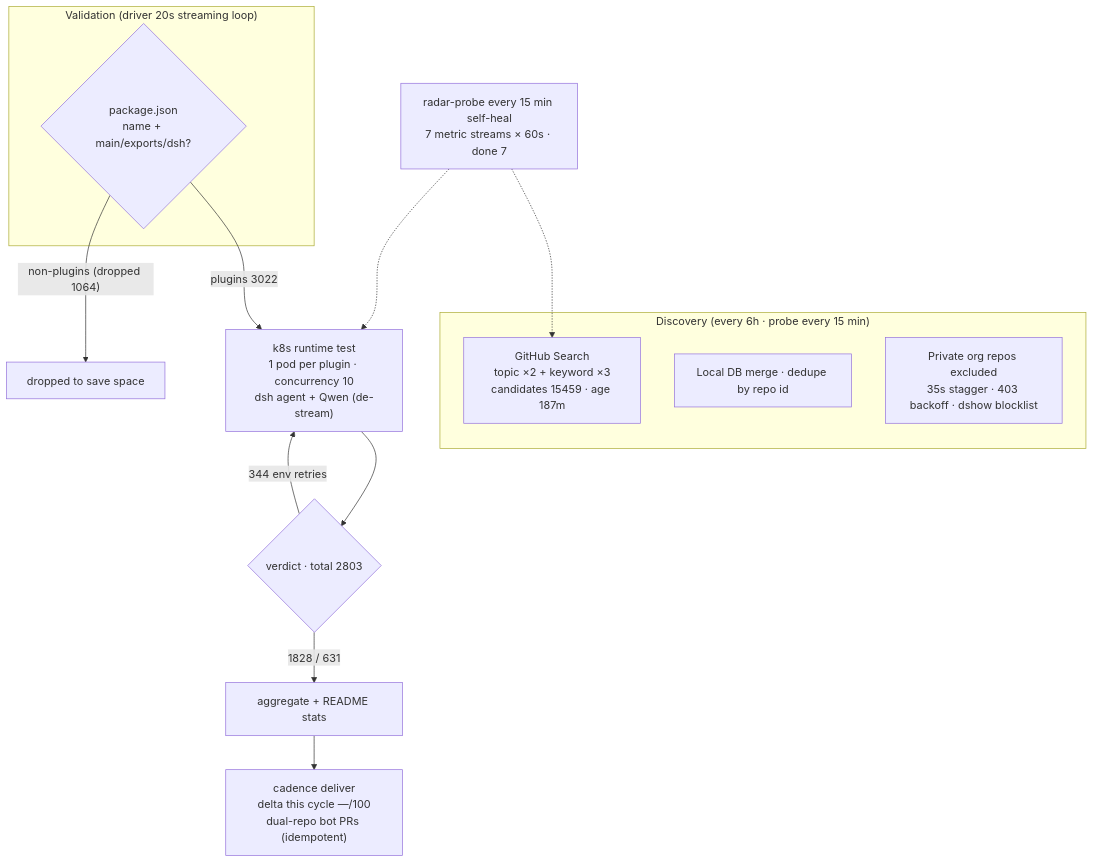
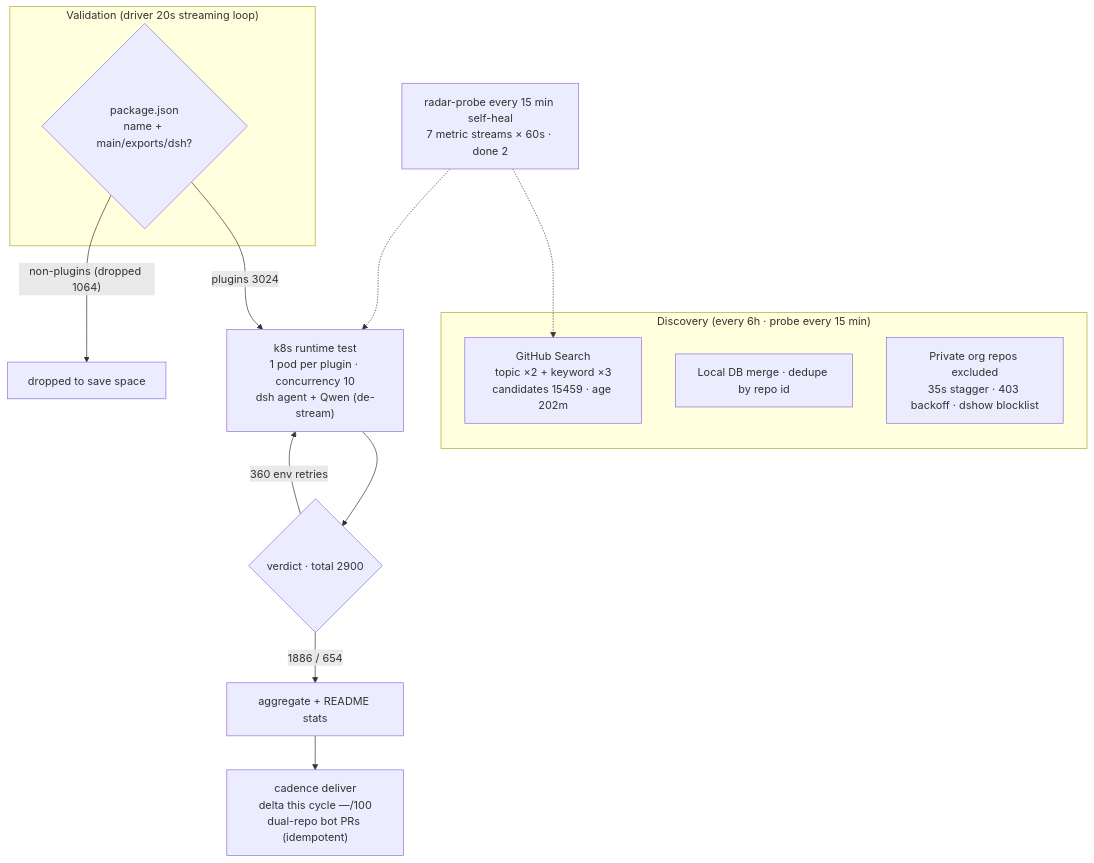
Before and after one commit to AdamPlatin123/awesome-dsh-plugins: the diagram in README.en-US.md, drawn with Mermaid. The commit also changed other lines of this file and 5 other files, not shown here.

````diff
--- a/README.en-US.md
+++ b/README.en-US.md
@@ -30,20 +30,20 @@
 ```mermaid
 flowchart TB
     subgraph Discovery["Discovery (every 6h · probe every 15 min)"]
-        A1["GitHub Search<br/>topic ×2 + keyword ×3<br/>candidates 15459 · age 187m"]
+        A1["GitHub Search<br/>topic ×2 + keyword ×3<br/>candidates 15459 · age 202m"]
         A2["Local DB merge · dedupe by repo id"]
         A3["Private org repos excluded<br/>35s stagger · 403 backoff · dshow blocklist"]
     end
     subgraph Validation["Validation (driver 20s streaming loop)"]
         B1{"package.json<br/>name + main/exports/dsh?"}
     end
-    B1 -->|"plugins 3022"| C1["k8s runtime test<br/>1 pod per plugin · concurrency 10<br/>dsh agent + Qwen (de-stream)"]
+    B1 -->|"plugins 3024"| C1["k8s runtime test<br/>1 pod per plugin · concurrency 10<br/>dsh agent + Qwen (de-stream)"]
     B1 -->|"non-plugins (dropped 1064)"| B3["dropped to save space"]
-    C1 --> D1{"verdict · total 2803"}
-    D1 -->|"1828 / 631"| E1["aggregate + README stats"]
-    D1 -->|"344 env retries"| C1
+    C1 --> D1{"verdict · total 2900"}
+    D1 -->|"1886 / 654"| E1["aggregate + README stats"]
+    D1 -->|"360 env retries"| C1
     E1 --> E2["cadence deliver<br/>delta this cycle —/100<br/>dual-repo bot PRs (idempotent)"]
-    M["radar-probe every 15 min self-heal<br/>7 metric streams × 60s · done 7"]
+    M["radar-probe every 15 min self-heal<br/>7 metric streams × 60s · done 2"]
     M -.-> A1
     M -.-> C1
 ```
````
